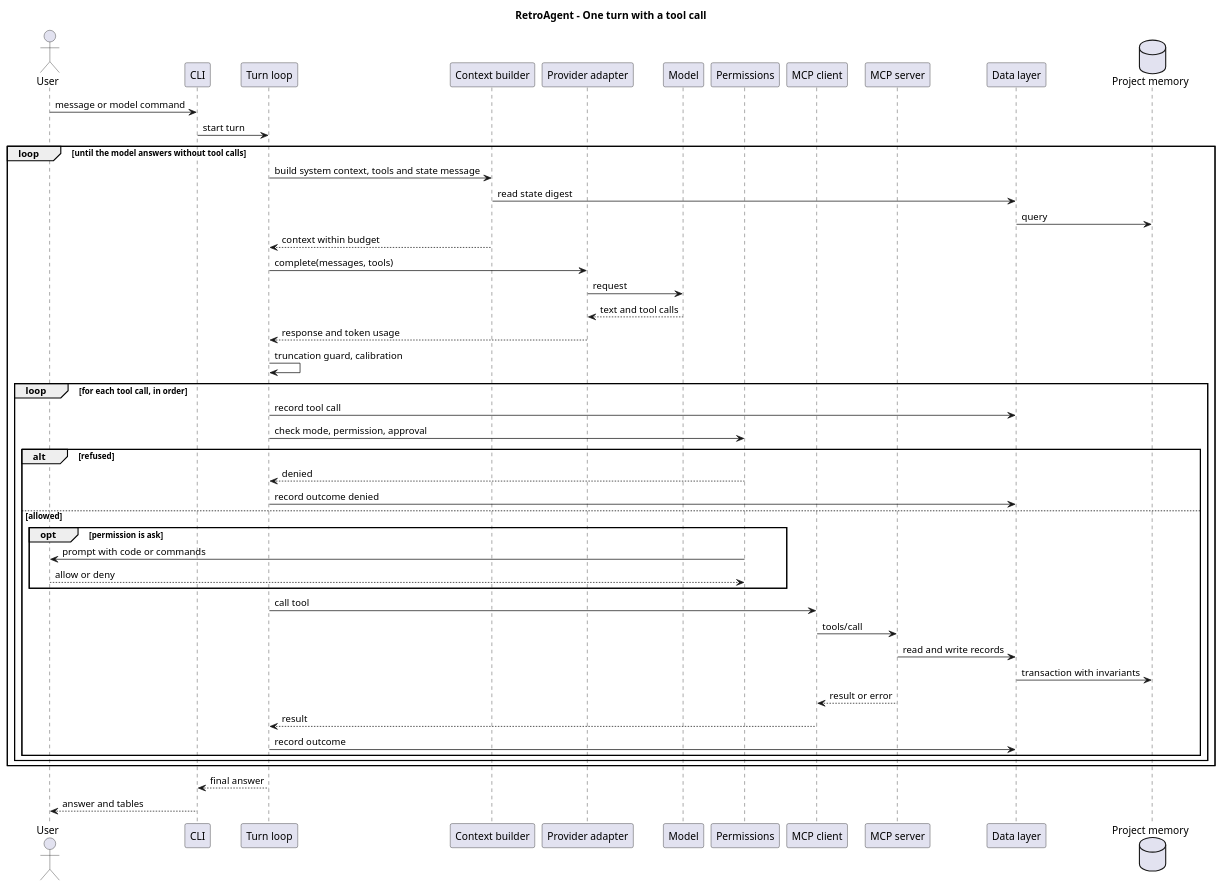
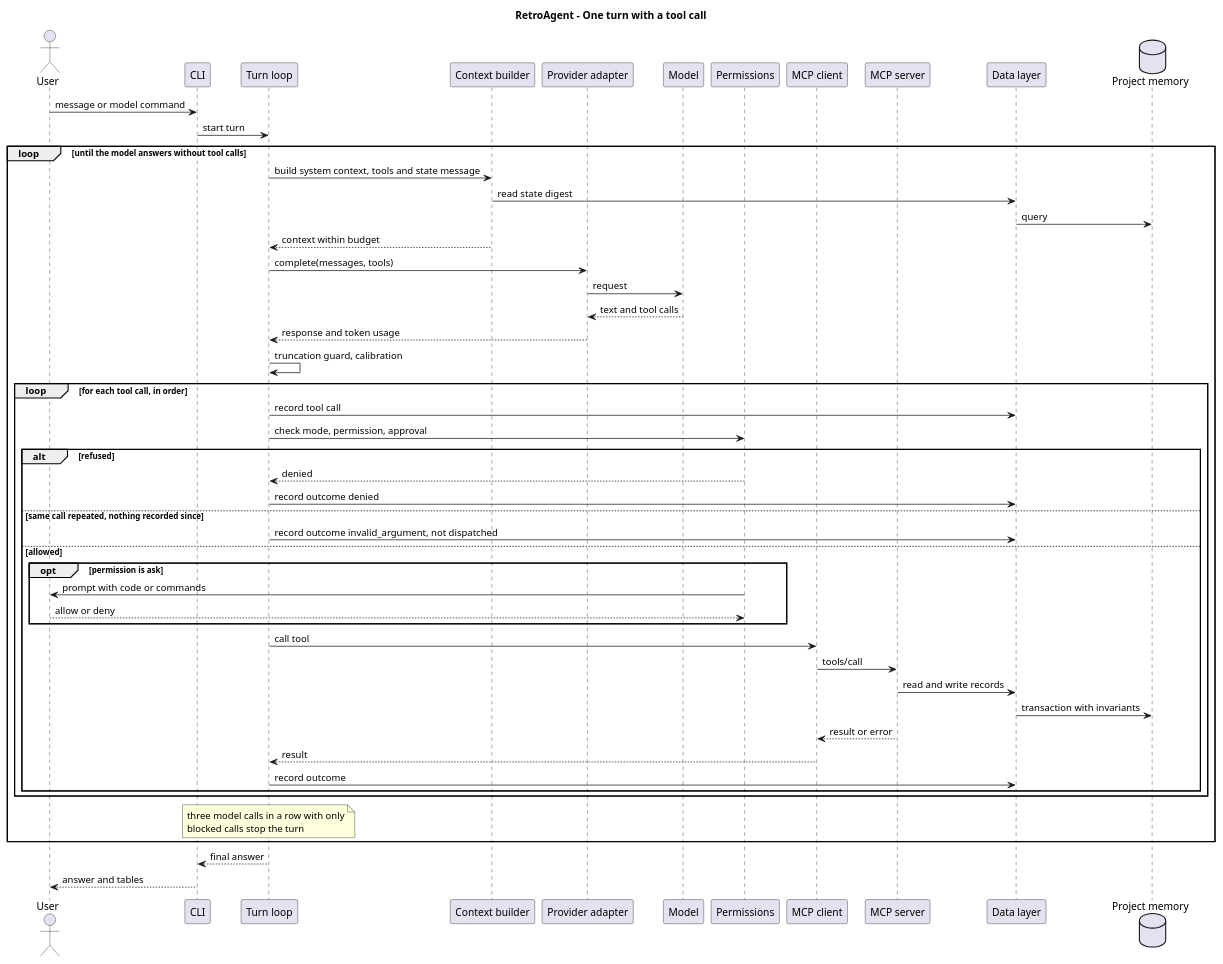
One commit to fe-ba/RetroAgent changed the diagram in docs/diagrams/tool-call-sequence.puml. Above: the diagram before and after it, drawn with PlantUML. The commit also changed 9 other files, not shown here.

Commit message:
docs: README with demo, overview diagram and results; diagrams embedded in architecture; diagrams updated to the current rules

```diff
--- a/docs/diagrams/tool-call-sequence.puml
+++ b/docs/diagrams/tool-call-sequence.puml
@@ -1,54 +1,57 @@
 @startuml tool-call-sequence
 title RetroAgent - One turn with a tool call
 
 actor User
 participant "CLI" as CLI
 participant "Turn loop" as Turn
 participant "Context builder" as Context
 participant "Provider adapter" as Provider
 participant "Model" as Model
 participant "Permissions" as Permissions
 participant "MCP client" as Client
 participant "MCP server" as Server
 participant "Data layer" as Data
 database "Project memory" as DB
 
 User -> CLI : message or model command
 CLI -> Turn : start turn
 
 loop until the model answers without tool calls
   Turn -> Context : build system context, tools and state message
   Context -> Data : read state digest
   Data -> DB : query
   Context --> Turn : context within budget
   Turn -> Provider : complete(messages, tools)
   Provider -> Model : request
   Model --> Provider : text and tool calls
   Provider --> Turn : response and token usage
   Turn -> Turn : truncation guard, calibration
 
   loop for each tool call, in order
     Turn -> Data : record tool call
     Turn -> Permissions : check mode, permission, approval
     alt refused
       Permissions --> Turn : denied
       Turn -> Data : record outcome denied
+    else same call repeated, nothing recorded since
+      Turn -> Data : record outcome invalid_argument, not dispatched
     else allowed
       opt permission is ask
         Permissions -> User : prompt with code or commands
         User --> Permissions : allow or deny
       end
       Turn -> Client : call tool
       Client -> Server : tools/call
       Server -> Data : read and write records
       Data -> DB : transaction with invariants
       Server --> Client : result or error
       Client --> Turn : result
       Turn -> Data : record outcome
     end
   end
+  note over Turn : three model calls in a row with only\nblocked calls stop the turn
 end
 
 Turn --> CLI : final answer
 CLI --> User : answer and tables
 @enduml
```
